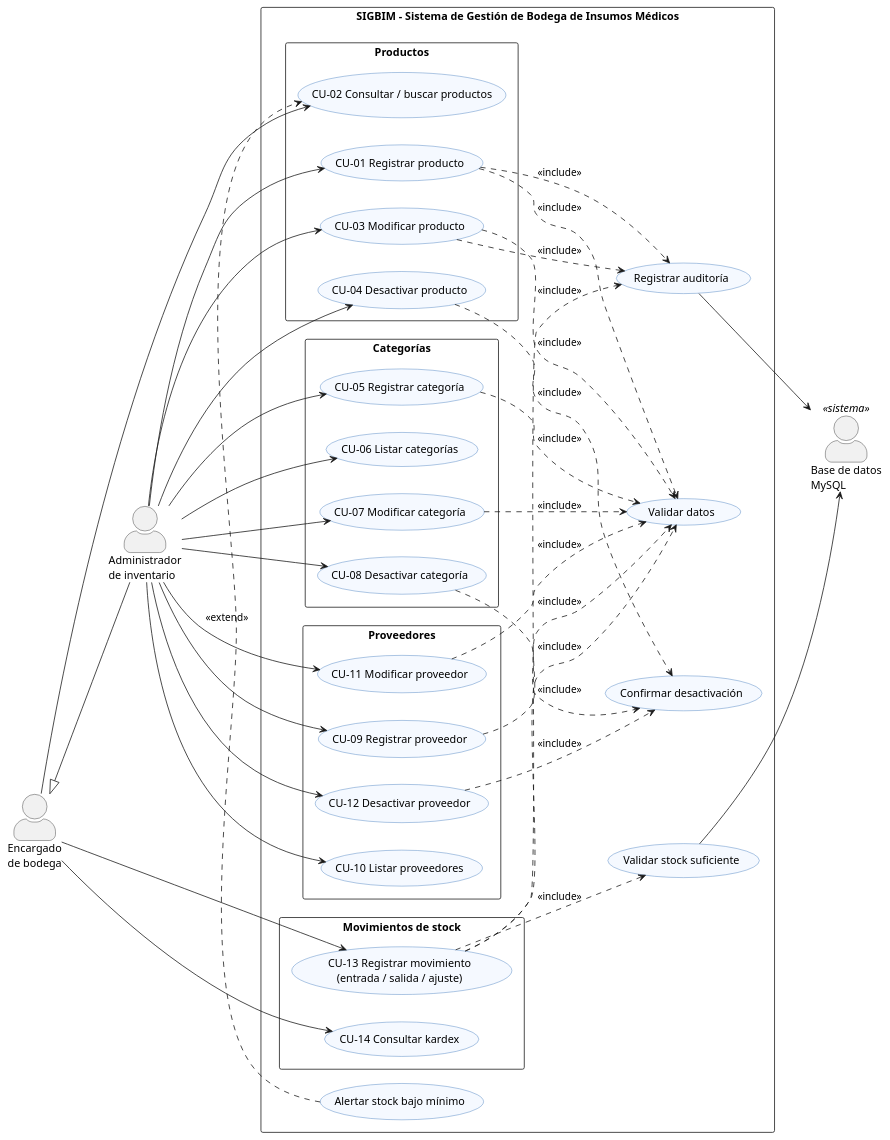
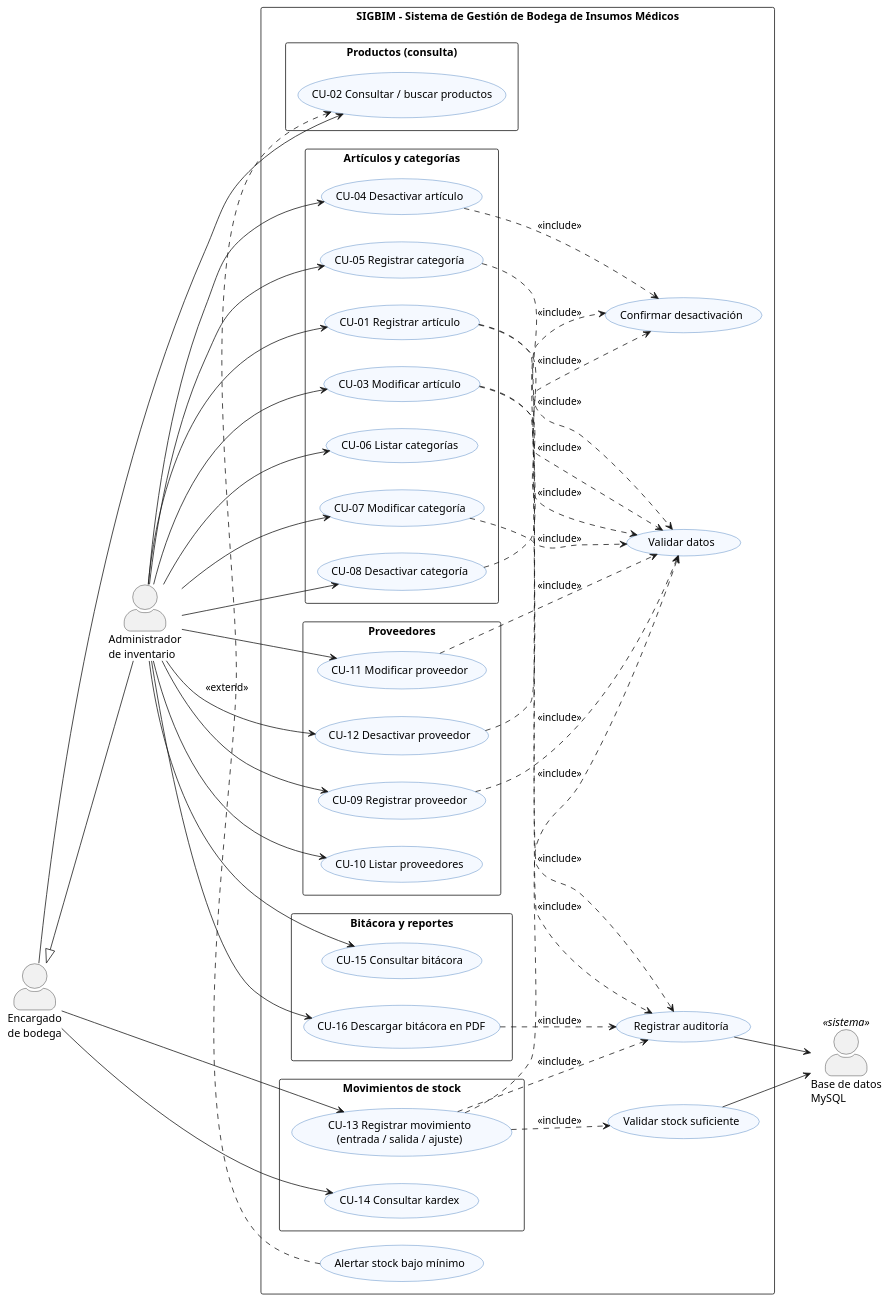
Before and after one commit to jurbinamonasterio-arch/Trabajo-Program: the diagram in docs/diagramas/casos_de_uso.puml, drawn with PlantUML. The commit also changed 3 other files, not shown here.

```diff
--- a/docs/diagramas/casos_de_uso.puml
+++ b/docs/diagramas/casos_de_uso.puml
@@ -1,92 +1,100 @@
 @startuml casos_de_uso
 ' Diagrama de Casos de Uso - SIGBIM (mantenedores CRUD)
 left to right direction
 skinparam packageStyle rectangle
 skinparam actorStyle awesome
 skinparam usecase {
   BackgroundColor #F5F9FF
   BorderColor #2F6DB5
 }
 
 actor "Encargado\nde bodega" as ENC
 actor "Administrador\nde inventario" as ADM
 actor "Base de datos\nMySQL" as BD <<sistema>>
 
 ADM -up-|> ENC
 
 rectangle "SIGBIM - Sistema de Gestión de Bodega de Insumos Médicos" {
 
-  package "Productos" {
-    usecase "CU-01 Registrar producto" as CU01
+  package "Productos (consulta)" {
     usecase "CU-02 Consultar / buscar productos" as CU02
-    usecase "CU-03 Modificar producto" as CU03
-    usecase "CU-04 Desactivar producto" as CU04
   }
 
-  package "Categorías" {
+  package "Artículos y categorías" {
+    usecase "CU-01 Registrar artículo" as CU01
+    usecase "CU-03 Modificar artículo" as CU03
+    usecase "CU-04 Desactivar artículo" as CU04
     usecase "CU-05 Registrar categoría" as CU05
     usecase "CU-06 Listar categorías" as CU06
     usecase "CU-07 Modificar categoría" as CU07
     usecase "CU-08 Desactivar categoría" as CU08
   }
 
   package "Proveedores" {
     usecase "CU-09 Registrar proveedor" as CU09
     usecase "CU-10 Listar proveedores" as CU10
     usecase "CU-11 Modificar proveedor" as CU11
     usecase "CU-12 Desactivar proveedor" as CU12
   }
 
   package "Movimientos de stock" {
     usecase "CU-13 Registrar movimiento\n(entrada / salida / ajuste)" as CU13
     usecase "CU-14 Consultar kardex" as CU14
+  }
+
+  package "Bitácora y reportes" {
+    usecase "CU-15 Consultar bitácora" as CU15
+    usecase "CU-16 Descargar bitácora en PDF" as CU16
   }
 
   usecase "Validar datos" as VAL
   usecase "Registrar auditoría" as AUD
   usecase "Validar stock suficiente" as VST
   usecase "Alertar stock bajo mínimo" as ALE
   usecase "Confirmar desactivación" as CON
 }
 
 ' Encargado de bodega
 ENC --> CU02
 ENC --> CU13
 ENC --> CU14
 
 ' Administrador de inventario (además hereda lo del encargado)
 ADM --> CU01
 ADM --> CU03
 ADM --> CU04
 ADM --> CU05
 ADM --> CU06
 ADM --> CU07
 ADM --> CU08
 ADM --> CU09
 ADM --> CU10
 ADM --> CU11
 ADM --> CU12
+ADM --> CU15
+ADM --> CU16
 
 ' Relaciones include
 CU01 ..> VAL : <<include>>
 CU03 ..> VAL : <<include>>
 CU05 ..> VAL : <<include>>
 CU07 ..> VAL : <<include>>
 CU09 ..> VAL : <<include>>
 CU11 ..> VAL : <<include>>
 CU13 ..> VAL : <<include>>
 CU13 ..> VST : <<include>>
 CU01 ..> AUD : <<include>>
 CU03 ..> AUD : <<include>>
 CU13 ..> AUD : <<include>>
 CU04 ..> CON : <<include>>
 CU08 ..> CON : <<include>>
 CU12 ..> CON : <<include>>
+CU16 ..> AUD : <<include>>
 
 ' Relación extend
 ALE .> CU02 : <<extend>>
 
 ' Actor secundario
 AUD --> BD
 VST --> BD
 @enduml
```
